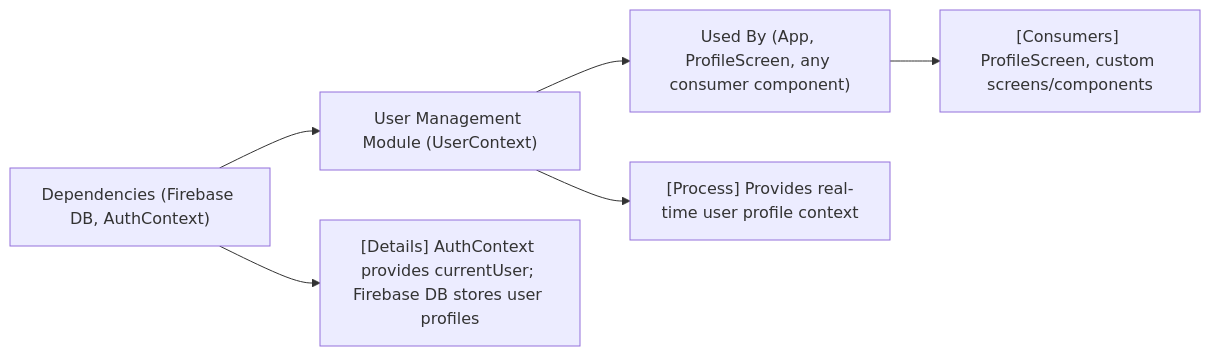
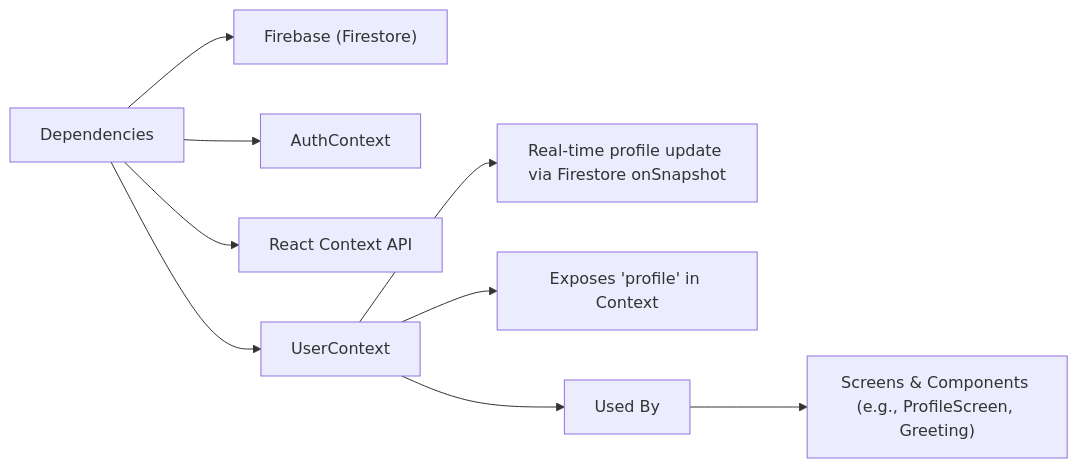
Before and after one commit to lucasboucher/Expo-Firebase-Boiler-Plate-2: the diagram in .shelfya/guide/user-management.md, drawn with Mermaid. The commit also changed other lines of this file and 7 other files, not shown here.

````diff
--- a/.shelfya/guide/user-management.md
+++ b/.shelfya/guide/user-management.md
@@ -45,7 +53,17 @@
 ```mermaid
 flowchart LR
-  dependencies["Dependencies (Firebase DB, AuthContext)"] --> thisModule["User Management Module (UserContext)"] --> usedBy["Used By (App, ProfileScreen, any consumer component)"]
-  dependencies --> details["[Details] AuthContext provides currentUser; Firebase DB stores user profiles"]
-  thisModule --> process["[Process] Provides real-time user profile context"]
-  usedBy --> consumers["[Consumers] ProfileScreen, custom screens/components"]
+  dependencies["Dependencies"]
+  dependencies --> firebase["Firebase (Firestore)"]
+  dependencies --> authContext["AuthContext"]
+  dependencies --> reactContext["React Context API"]
+  
+  thisModule["UserContext"]
+  dependencies --> thisModule
+  
+  thisModule --> process["Real-time profile update via Firestore onSnapshot"]
+  thisModule --> profileData["Exposes 'profile' in Context"]
+  
+  usedBy["Used By"]
+  thisModule --> usedBy
+  usedBy --> consumers["Screens & Components (e.g., ProfileScreen, Greeting)"]
 ```
````
